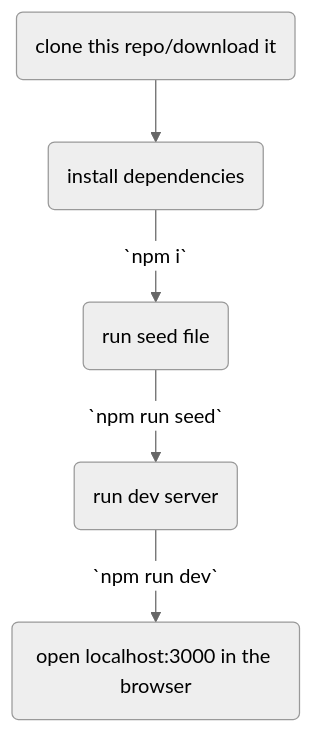
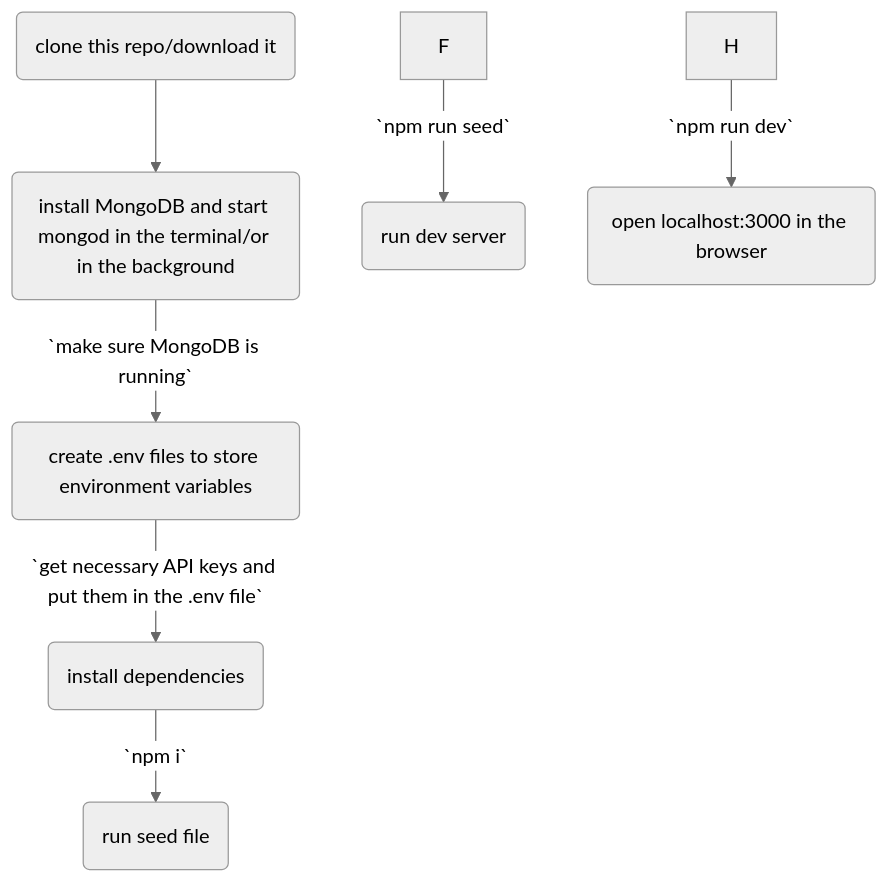
Before and after one commit to Aryan3212/review-it: the diagram in README.md, drawn with Mermaid (neutral theme). The commit also changed other lines of this file, not shown here.

````diff
--- a/README.md
+++ b/README.md
@@ -15,7 +53,9 @@
 ```mermaid
 flowchart TD
-  A(clone this repo/download it)-->B(install dependencies)
-  B(install dependencies)-- `npm i` -->C(run seed file)
-  C(run seed file)-- `npm run seed` -->D(run dev server)
-  D(run dev server)-- `npm run dev` -->F(open localhost:3000 in the browser)
+  A(clone this repo/download it)-->B(install MongoDB and start mongod in the terminal/or in the background)
+  B --`make sure MongoDB is running`--> C(create .env files to store environment variables)
+  C -- `get necessary API keys and put them in the .env file` --> D(install dependencies)
+  D -- `npm i` -->E(run seed file)
+  F-- `npm run seed` -->G(run dev server)
+  H-- `npm run dev` -->I(open localhost:3000 in the browser)
 ```
````
